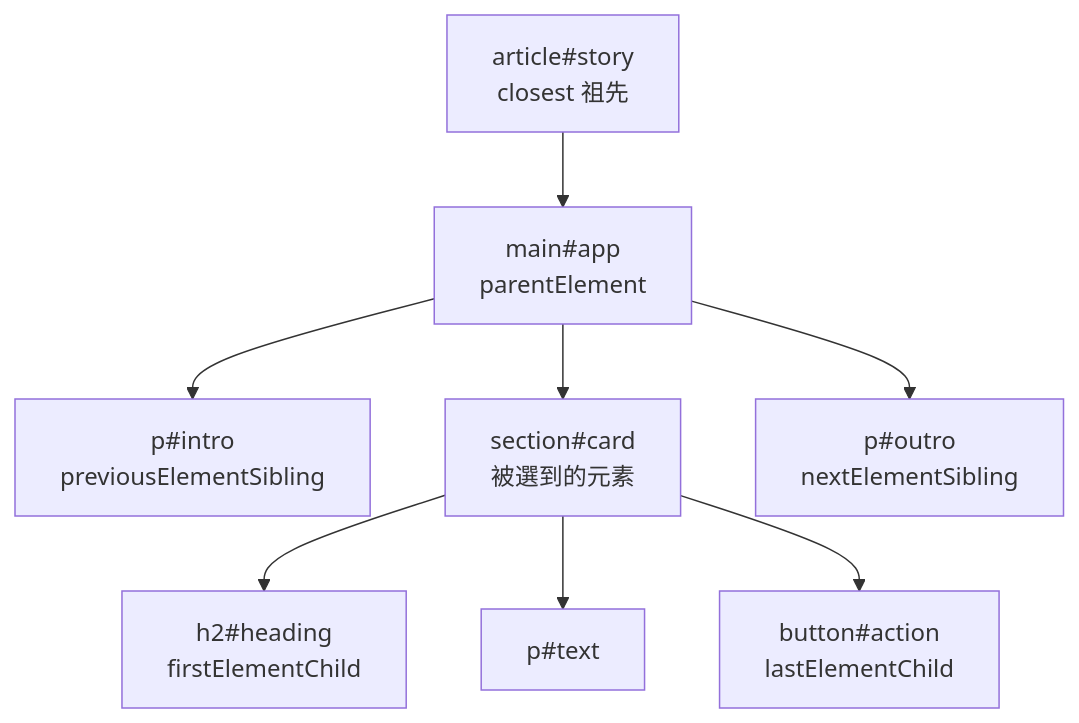
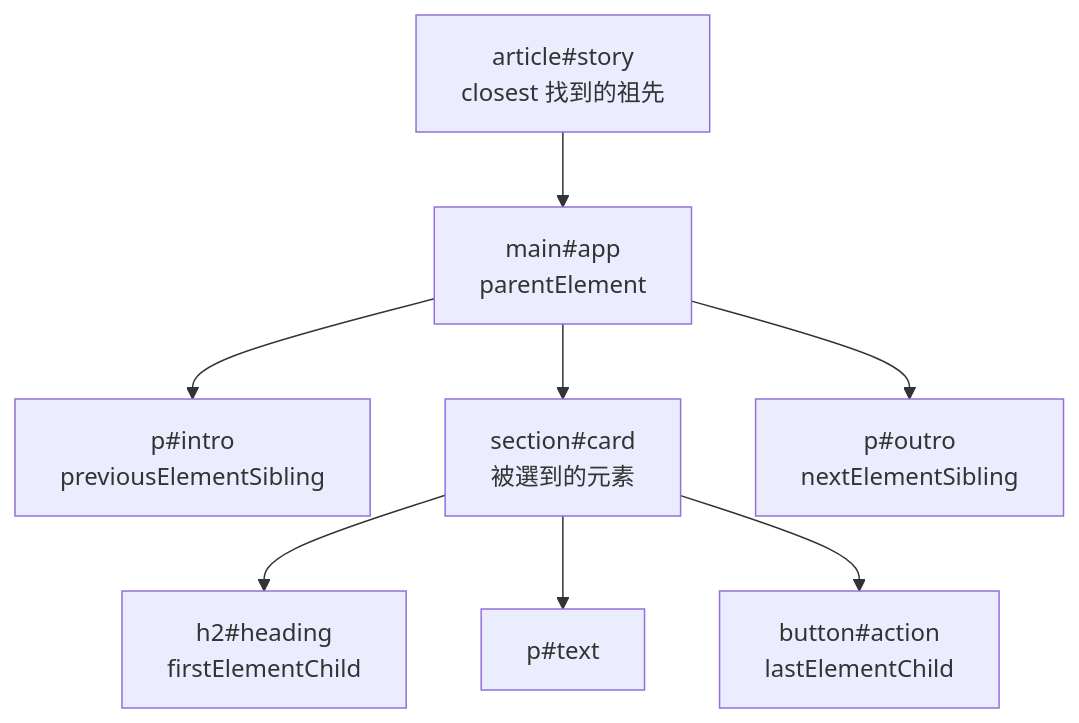
The seventh of 12 diagrams in source/_posts/lokiTech-15day-07-js-dom.md (summer10920/summer10920.github.io), drawn with Mermaid before and after one commit. The commit also changed other lines of this file and 17 other files, not shown here.

```diff
--- a/source/_posts/lokiTech-15day-07-js-dom.md
+++ b/source/_posts/lokiTech-15day-07-js-dom.md
@@ -2009,9 +1591,9 @@
 {% mermaid graph TD %}
-story["article#story<br/>closest 祖先"] --> app["main#app<br/>parentElement"]
+story["article#story<br/>closest 找到的祖先"] --> app["main#app<br/>parentElement"]
 app --> intro["p#intro<br/>previousElementSibling"]
 app --> card["section#card<br/>被選到的元素"]
 app --> outro["p#outro<br/>nextElementSibling"]
 card --> heading["h2#heading<br/>firstElementChild"]
 card --> text["p#text"]
 card --> action["button#action<br/>lastElementChild"]
 {% endmermaid %}
```
